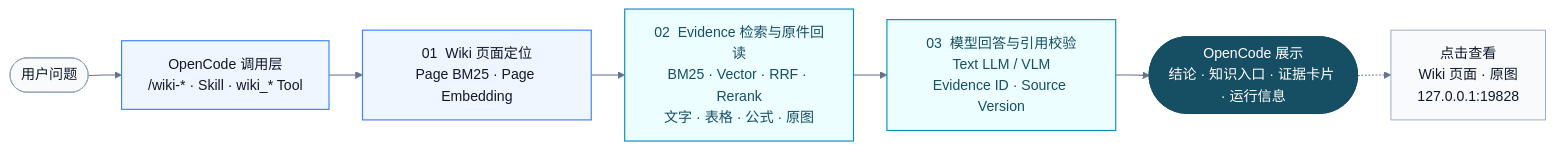
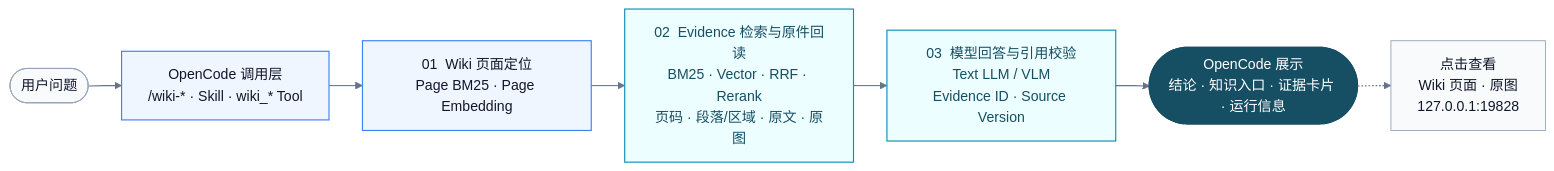
One commit to yooa722/multimodal-llm-wiki changed the third of 3 diagrams in README.md. Above: the diagram before and after it, drawn with Mermaid. The commit also changed other lines of this file and 12 other files, not shown here.

````diff
--- a/README.md
+++ b/README.md
@@ -114,21 +115,21 @@
 ```mermaid
 %%{init: {"theme":"base","flowchart":{"curve":"linear","nodeSpacing":32,"rankSpacing":38},"themeVariables":{"fontFamily":"Inter, -apple-system, BlinkMacSystemFont, Segoe UI, sans-serif"}}}%%
 flowchart LR
     U(["用户问题"]) --> O["OpenCode 调用层<br/>/wiki-* · Skill · wiki_* Tool"]
     O --> P["01  Wiki 页面定位<br/>Page BM25 · Page Embedding"]
-    P --> E["02  Evidence 检索与原件回读<br/>BM25 · Vector · RRF · Rerank<br/>文字 · 表格 · 公式 · 原图"]
+    P --> E["02  Evidence 检索与原件回读<br/>BM25 · Vector · RRF · Rerank<br/>页码 · 段落/区域 · 原文 · 原图"]
     E --> A["03  模型回答与引用校验<br/>Text LLM / VLM<br/>Evidence ID · Source Version"]
     A --> X(["OpenCode 展示<br/>结论 · 知识入口 · 证据卡片 · 运行信息"])
     X -.-> H["点击查看<br/>Wiki 页面 · 原图<br/>127.0.0.1:19828"]
 
     class U,H neutral
     class O,P core
     class E,A multimodal
     class X result
     classDef neutral fill:#F8FAFC,stroke:#94A3B8,color:#0F172A,stroke-width:1px
     classDef core fill:#EFF6FF,stroke:#3B82F6,color:#0F172A,stroke-width:1.3px
     classDef multimodal fill:#ECFEFF,stroke:#0891B2,color:#164E63,stroke-width:1.3px
     classDef storage fill:#F1F5F9,stroke:#475569,color:#0F172A,stroke-width:1.3px
     classDef result fill:#164E63,stroke:#164E63,color:#FFFFFF,stroke-width:1.3px
     linkStyle default stroke:#64748B,stroke-width:1.2px
 ```
````
